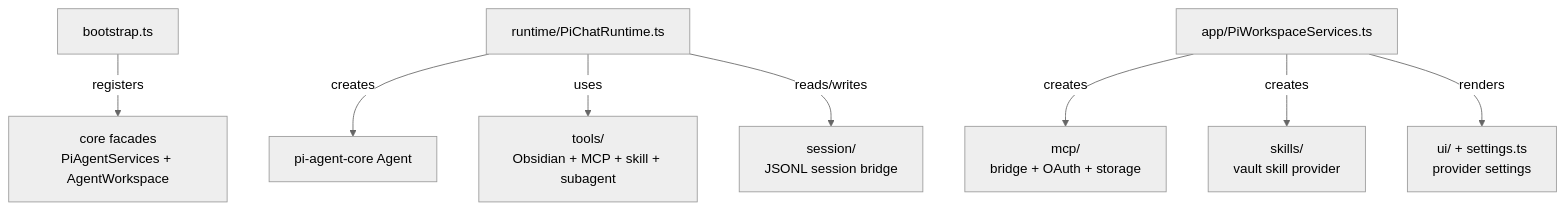
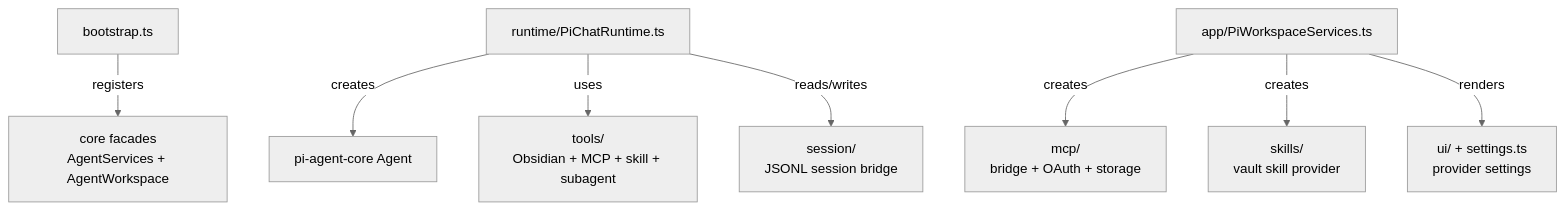
The diagram in src/pi/AGENTS.md (shuuul/obsidian-pivi), drawn with Mermaid (neutral theme) before and after one commit. The commit also changed other lines of this file and 32 other files, not shown here.

First line of the commit message:
refactor: rename agent services facade

````diff
--- a/src/pi/AGENTS.md
+++ b/src/pi/AGENTS.md
@@ -7,10 +7,10 @@
 ```mermaid
 flowchart TD
-  Bootstrap["bootstrap.ts"] -- "registers" --> Services["core facades<br/>PiAgentServices + AgentWorkspace"]
+  Bootstrap["bootstrap.ts"] -- "registers" --> Services["core facades<br/>AgentServices + AgentWorkspace"]
   Runtime["runtime/PiChatRuntime.ts"] -- "creates" --> Agent["pi-agent-core Agent"]
   Runtime -- "uses" --> Tools["tools/<br/>Obsidian + MCP + skill + subagent"]
   Runtime -- "reads/writes" --> Session["session/<br/>JSONL session bridge"]
   Workspace["app/PiWorkspaceServices.ts"] -- "creates" --> Mcp["mcp/<br/>bridge + OAuth + storage"]
   Workspace -- "creates" --> Skills["skills/<br/>vault skill provider"]
   Workspace -- "renders" --> UI["ui/ + settings.ts<br/>provider settings"]
 ```
````
